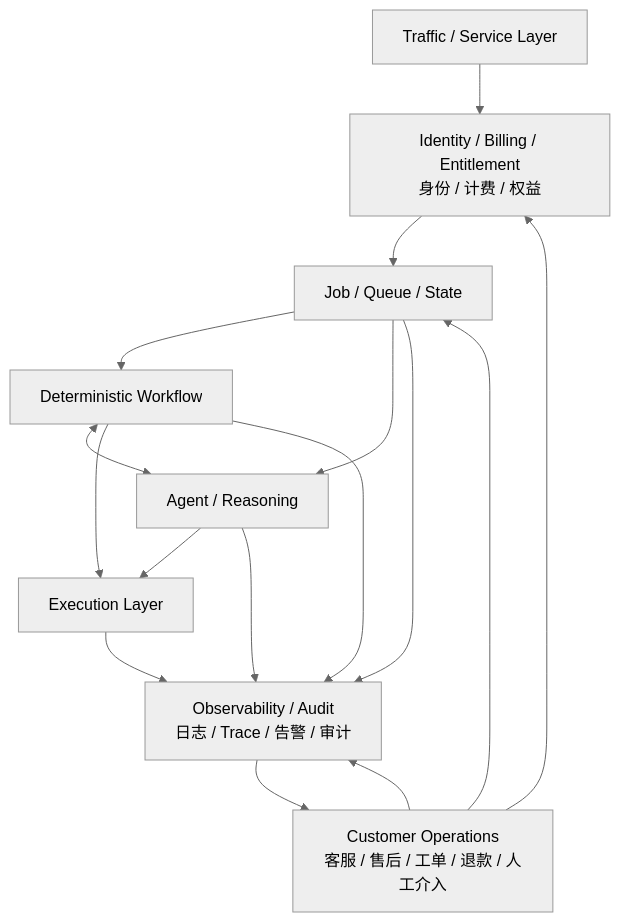
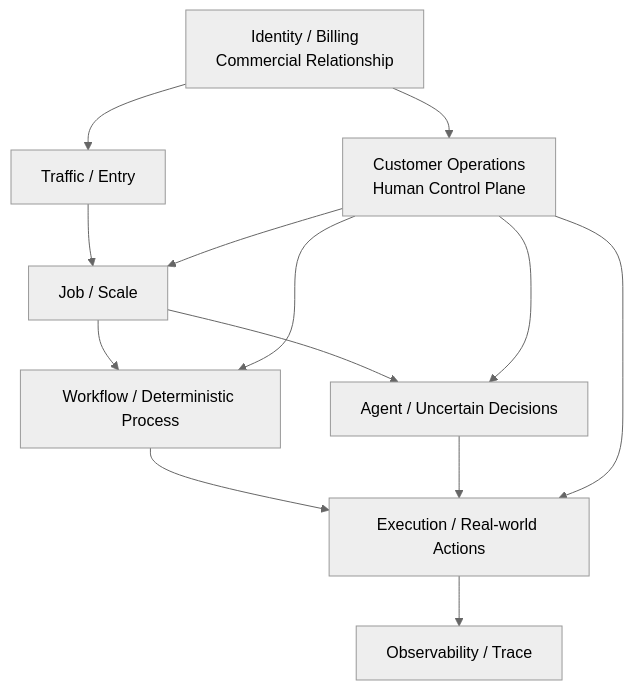
Before and after one commit to klinda78/gemini--chat: the diagram in rawdata/完整商业项目的抽象-rawdata.md, drawn with Mermaid (neutral theme). The commit also changed 6 other files, not shown here.

````diff
--- a/rawdata/完整商业项目的抽象-rawdata.md
+++ b/rawdata/完整商业项目的抽象-rawdata.md
@@ -15,33 +15,16 @@
 ```mermaid
 flowchart TB
-    T["Traffic / Service Layer"]
-    J["Job / Queue / State"]
-    W["Deterministic Workflow"]
-    A["Agent / Reasoning"]
-    E["Execution Layer"]
+    TRAFFIC["Traffic / Entry"] --> JOB["Job / Scale"]
+    JOB --> WORKFLOW["Workflow / Deterministic Process"]
+    JOB --> AGENT["Agent / Uncertain Decisions"]
+    WORKFLOW --> EXECUTION["Execution / Real-world Actions"]
+    AGENT --> EXECUTION
+    EXECUTION --> OBSERVABILITY["Observability / Trace"]
 
-    CS["Customer Operations<br/>客服 / 售后 / 工单 / 退款 / 人工介入"]
-    OBS["Observability / Audit<br/>日志 / Trace / 告警 / 审计"]
-    ID["Identity / Billing / Entitlement<br/>身份 / 计费 / 权益"]
-
-    T --> ID
-    ID --> J
-
-    J --> W
-    J --> A
-
-    W <--> A
-    W --> E
-    A --> E
-
-    J --> OBS
-    W --> OBS
-    A --> OBS
-    E --> OBS
-
-    CS --> J
-    CS --> OBS
-    CS --> ID
-
-    OBS --> CS
+    CUSTOMER["Customer Operations<br/>Human Control Plane"] --> JOB
+    CUSTOMER --> WORKFLOW
+    CUSTOMER --> AGENT
+    CUSTOMER --> EXECUTION
+    IDENTITY["Identity / Billing<br/>Commercial Relationship"] --> TRAFFIC
+    IDENTITY --> CUSTOMER
 ```
````
